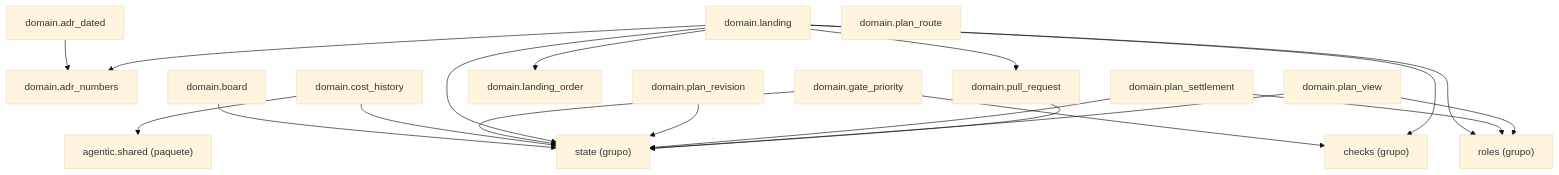
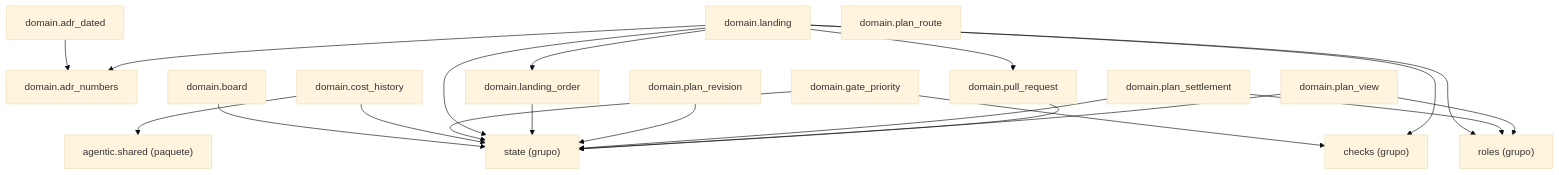
One commit to GonzaloZevallos/agentic-system changed the diagram in docs/architecture/generated/packages-process-domain-landing.md. Above: the diagram before and after it, drawn with Mermaid (base theme). The commit also changed 4 other files, not shown here.

Commit message:
Regenerate the architecture pages and list lane_recorded among the landing's scalar keys

````diff
--- a/docs/architecture/generated/packages-process-domain-landing.md
+++ b/docs/architecture/generated/packages-process-domain-landing.md
@@ -12,37 +12,38 @@
 ```mermaid
 graph TD
     g_domain__checks["checks (grupo)"]
     g_domain__roles["roles (grupo)"]
     g_domain__state["state (grupo)"]
     g_pkg__agentic__shared["agentic.shared (paquete)"]
     m_domain__adr_dated["domain.adr_dated"]
     m_domain__adr_numbers["domain.adr_numbers"]
     m_domain__board["domain.board"]
     m_domain__cost_history["domain.cost_history"]
     m_domain__gate_priority["domain.gate_priority"]
     m_domain__landing["domain.landing"]
     m_domain__landing_order["domain.landing_order"]
     m_domain__plan_revision["domain.plan_revision"]
     m_domain__plan_route["domain.plan_route"]
     m_domain__plan_settlement["domain.plan_settlement"]
     m_domain__plan_view["domain.plan_view"]
     m_domain__pull_request["domain.pull_request"]
     m_domain__adr_dated --> m_domain__adr_numbers
     m_domain__board --> g_domain__state
     m_domain__cost_history --> g_domain__state
     m_domain__cost_history --> g_pkg__agentic__shared
     m_domain__gate_priority --> g_domain__checks
     m_domain__gate_priority --> g_domain__state
     m_domain__landing --> g_domain__checks
     m_domain__landing --> g_domain__roles
     m_domain__landing --> g_domain__state
     m_domain__landing --> m_domain__adr_numbers
     m_domain__landing --> m_domain__landing_order
     m_domain__landing --> m_domain__pull_request
+    m_domain__landing_order --> g_domain__state
     m_domain__plan_revision --> g_domain__state
     m_domain__plan_settlement --> g_domain__roles
     m_domain__plan_settlement --> g_domain__state
     m_domain__plan_view --> g_domain__roles
     m_domain__plan_view --> g_domain__state
     m_domain__pull_request --> g_domain__state
 ```
````
